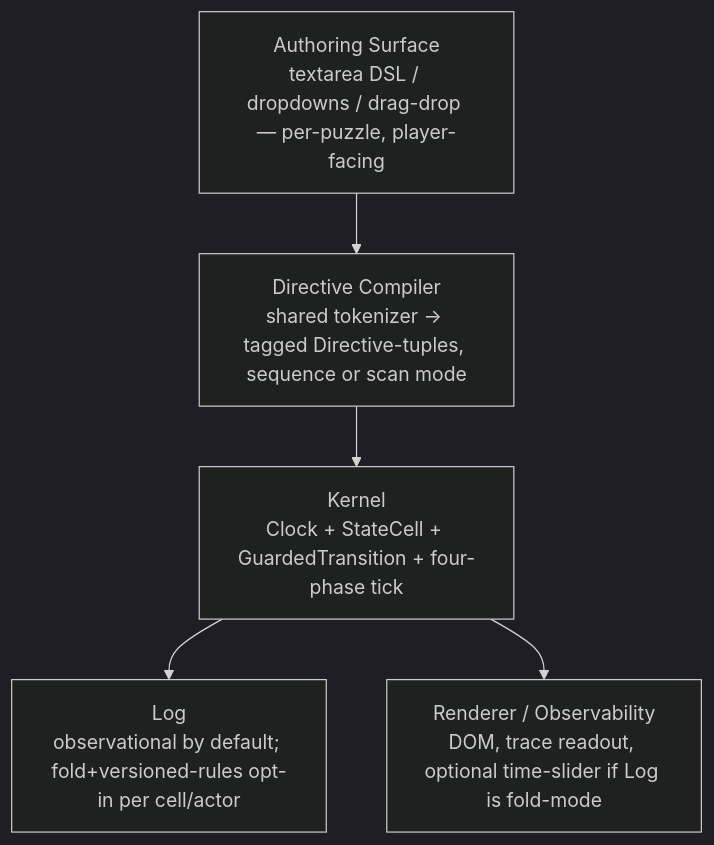
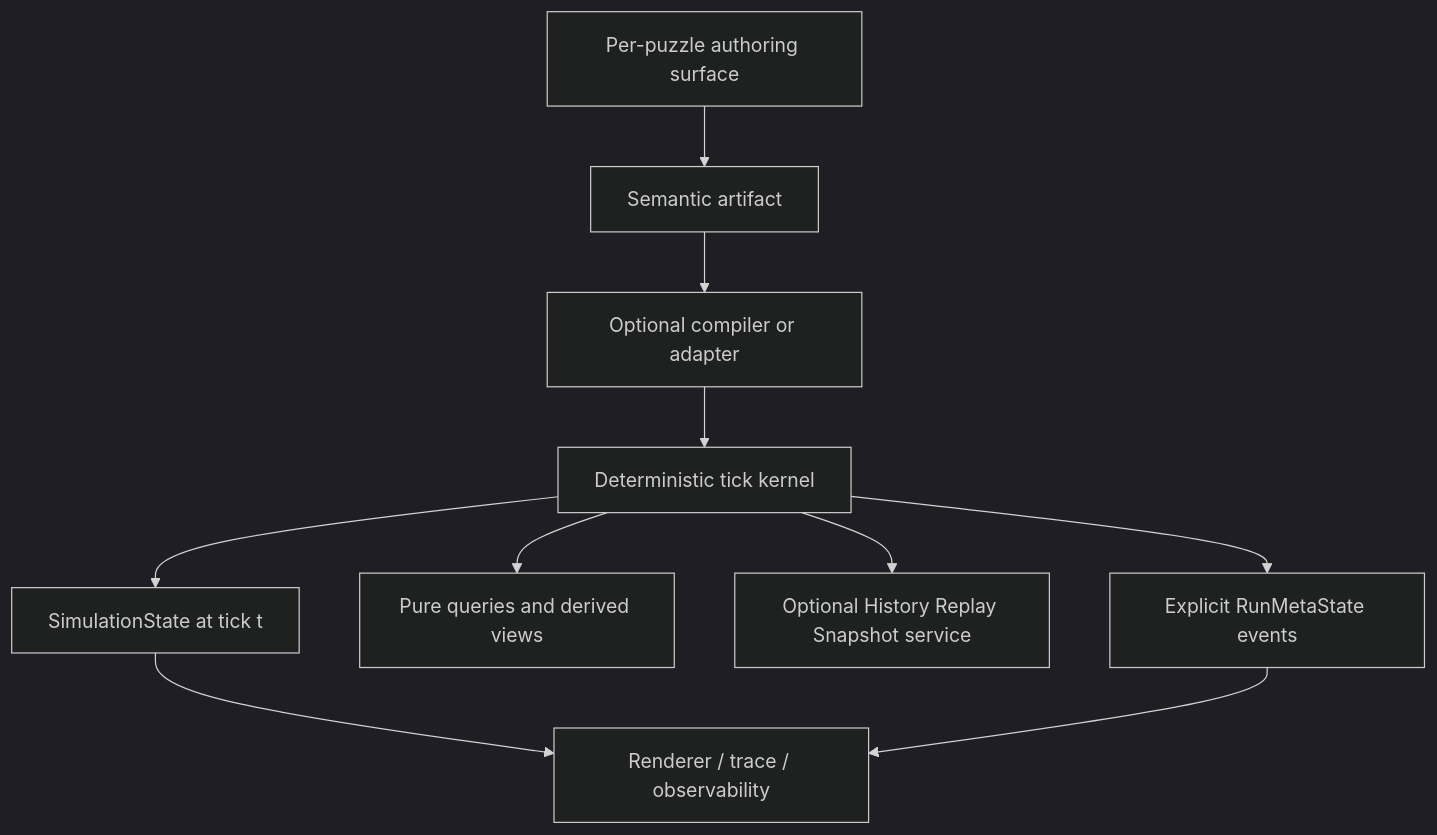
Before and after one commit to tinyviber/game-prototype: the diagram in analysis/MINIMAL_FRAMEWORK_RECOMMENDATION.md, drawn with Mermaid (dark theme). The commit also changed other lines of this file and 5 other files, not shown here.

````diff
--- a/analysis/MINIMAL_FRAMEWORK_RECOMMENDATION.md
+++ b/analysis/MINIMAL_FRAMEWORK_RECOMMENDATION.md
@@ -25,7 +25,12 @@
 ```mermaid
 graph TD
-  A[Authoring Surface<br/>textarea DSL / dropdowns / drag-drop — per-puzzle, player-facing] --> B[Directive Compiler<br/>shared tokenizer -> tagged Directive-tuples, sequence or scan mode]
-  B --> C[Kernel<br/>Clock + StateCell + GuardedTransition + four-phase tick]
-  C --> D[Log<br/>observational by default; fold+versioned-rules opt-in per cell/actor]
-  C --> E[Renderer / Observability<br/>DOM, trace readout, optional time-slider if Log is fold-mode]
+  A[Per-puzzle authoring surface] --> B[Semantic artifact]
+  B --> C[Optional compiler or adapter]
+  C --> D[Deterministic tick kernel]
+  D --> E[SimulationState at tick t]
+  D --> F[Pure queries and derived views]
+  D --> G[Optional History Replay Snapshot service]
+  D --> H[Explicit RunMetaState events]
+  E --> I[Renderer / trace / observability]
+  H --> I
 ```
````
